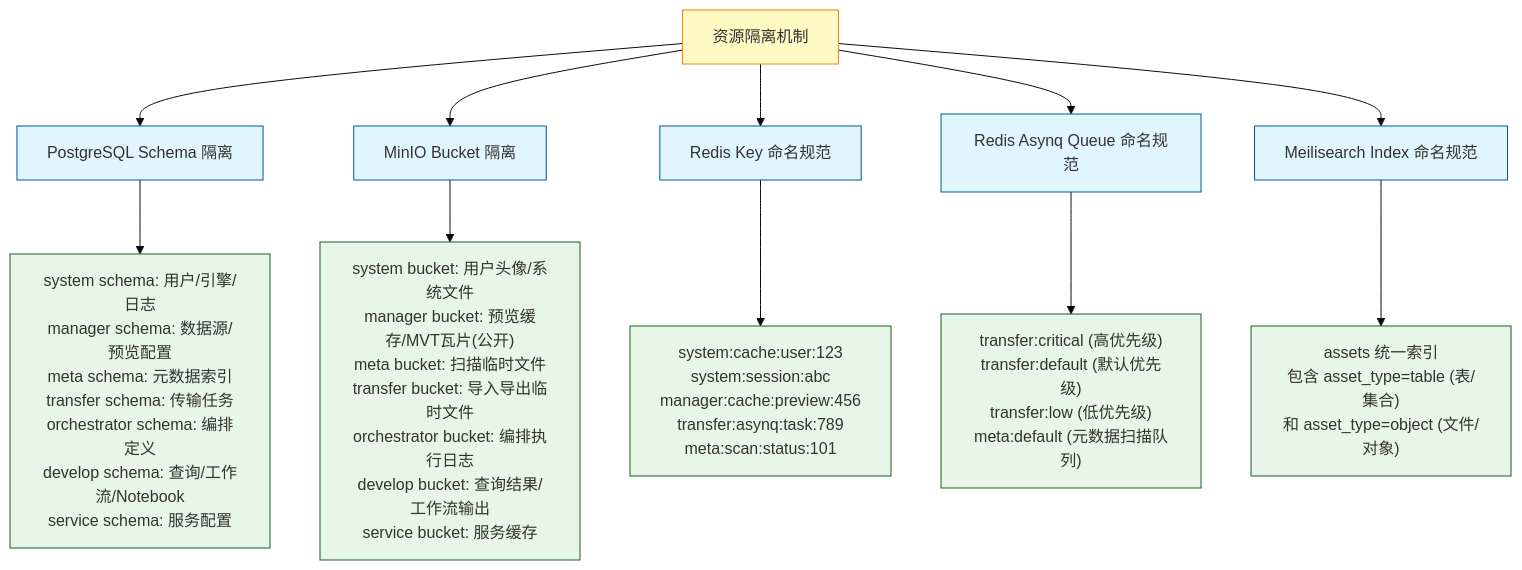
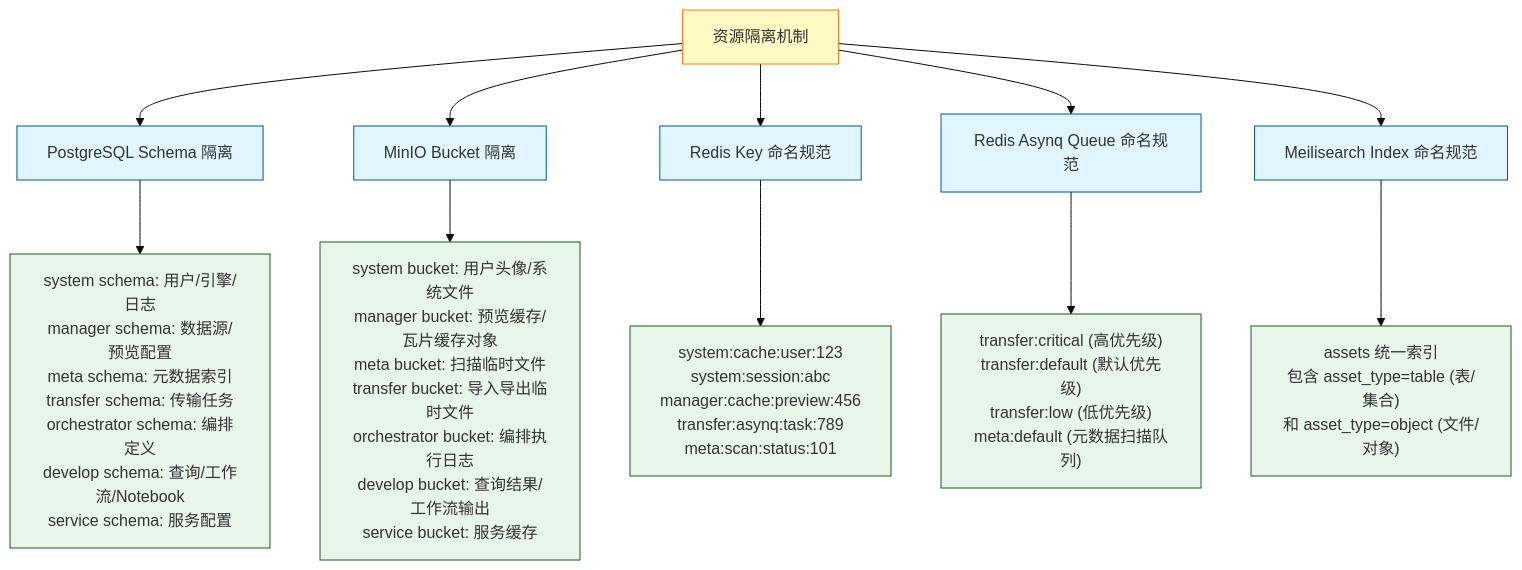
The second of 2 diagrams in docs/concepts/addp基础设施隔离图.md (pampa0629/addp), drawn with Mermaid (base theme) before and after one commit. The commit also changed other lines of this file and 136 other files, not shown here.

````diff
--- a/docs/concepts/addp基础设施隔离图.md
+++ b/docs/concepts/addp基础设施隔离图.md
@@ -123,28 +123,28 @@
 ```mermaid
 graph TB
     Isolation[资源隔离机制]
 
     Isolation --> PG[PostgreSQL Schema 隔离]
     Isolation --> MinIOIso[MinIO Bucket 隔离]
     Isolation --> RedisIso[Redis Key 命名规范]
     Isolation --> AsynqIso[Redis Asynq Queue 命名规范]
     Isolation --> MeiliIso[Meilisearch Index 命名规范]
 
     PG --> PGEx["system schema: 用户/引擎/日志<br/>manager schema: 数据源/预览配置<br/>meta schema: 元数据索引<br/>transfer schema: 传输任务<br/>orchestrator schema: 编排定义<br/>develop schema: 查询/工作流/Notebook<br/>service schema: 服务配置"]
 
-    MinIOIso --> MinIOEx["system bucket: 用户头像/系统文件<br/>manager bucket: 预览缓存/MVT瓦片(公开)<br/>meta bucket: 扫描临时文件<br/>transfer bucket: 导入导出临时文件<br/>orchestrator bucket: 编排执行日志<br/>develop bucket: 查询结果/工作流输出<br/>service bucket: 服务缓存"]
+    MinIOIso --> MinIOEx["system bucket: 用户头像/系统文件<br/>manager bucket: 预览缓存/瓦片缓存对象<br/>meta bucket: 扫描临时文件<br/>transfer bucket: 导入导出临时文件<br/>orchestrator bucket: 编排执行日志<br/>develop bucket: 查询结果/工作流输出<br/>service bucket: 服务缓存"]
 
     RedisIso --> RedisEx["system:cache:user:123<br/>system:session:abc<br/>manager:cache:preview:456<br/>transfer:asynq:task:789<br/>meta:scan:status:101"]
 
     AsynqIso --> AsynqEx["transfer:critical (高优先级)<br/>transfer:default (默认优先级)<br/>transfer:low (低优先级)<br/>meta:default (元数据扫描队列)"]
 
     MeiliIso --> MeiliEx["assets 统一索引<br/>包含 asset_type=table (表/集合)<br/>和 asset_type=object (文件/对象)"]
 
     classDef isolation fill:#fff9c4,stroke:#f57f17
     classDef mechanism fill:#e1f5ff,stroke:#01579b
     classDef example fill:#e8f5e9,stroke:#1b5e20
 
     class Isolation isolation
     class PG,MinIOIso,RedisIso,AsynqIso,MeiliIso mechanism
     class PGEx,MinIOEx,RedisEx,AsynqEx,MeiliEx example
 ```
````
